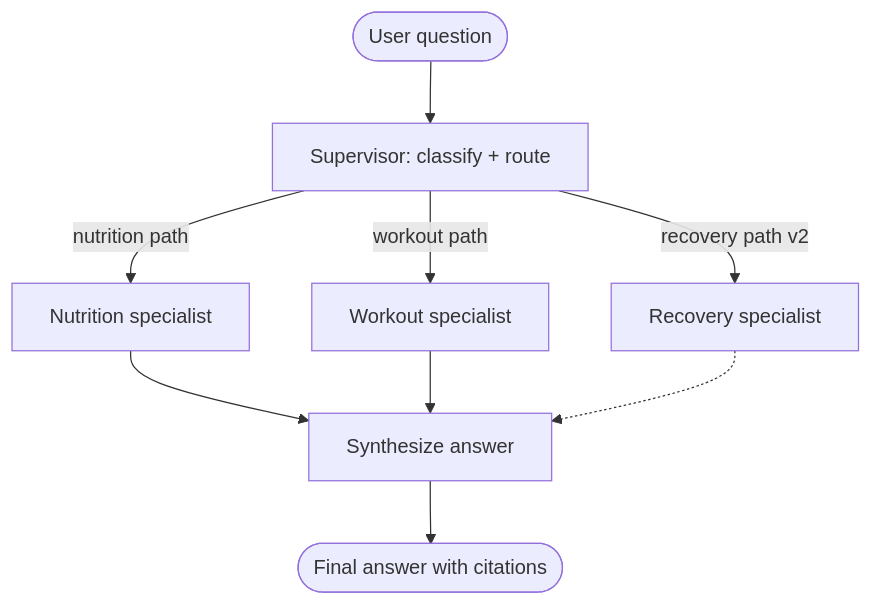
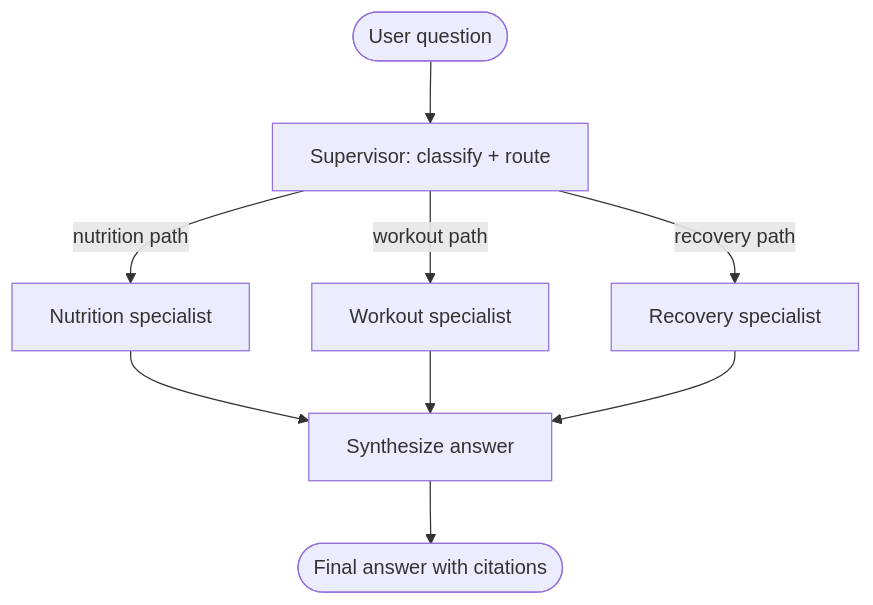
Before and after one commit to dapperAuteur/centenarian-coach-multiagent: the first of 2 diagrams in README.md, drawn with Mermaid. The commit also changed other lines of this file, not shown here.

First line of the commit message:
docs: bring README current — v2 ships three specialists

````diff
--- a/README.md
+++ b/README.md
@@ -41,11 +41,12 @@
 ```mermaid
 graph TD
     USER([User question]) --> SUPERVISOR[Supervisor: classify + route]
     SUPERVISOR -->|nutrition path| NUTRITION[Nutrition specialist]
     SUPERVISOR -->|workout path| WORKOUT[Workout specialist]
-    SUPERVISOR -->|recovery path v2| RECOVERY[Recovery specialist]
+    %% all three specialists ship; the supervisor routes to one, two, or all three
+    SUPERVISOR -->|recovery path| RECOVERY[Recovery specialist]
     NUTRITION --> SYNTHESIZE[Synthesize answer]
     WORKOUT --> SYNTHESIZE
-    RECOVERY -.-> SYNTHESIZE
+    RECOVERY --> SYNTHESIZE
     SYNTHESIZE --> ANSWER([Final answer with citations])
 ```
````
